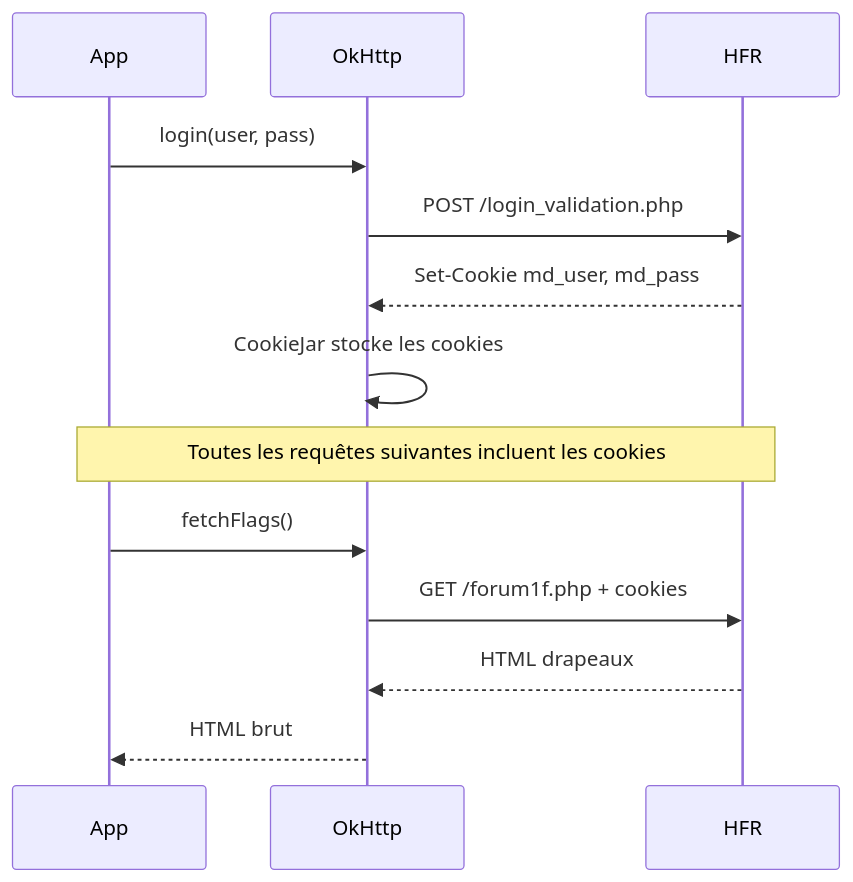
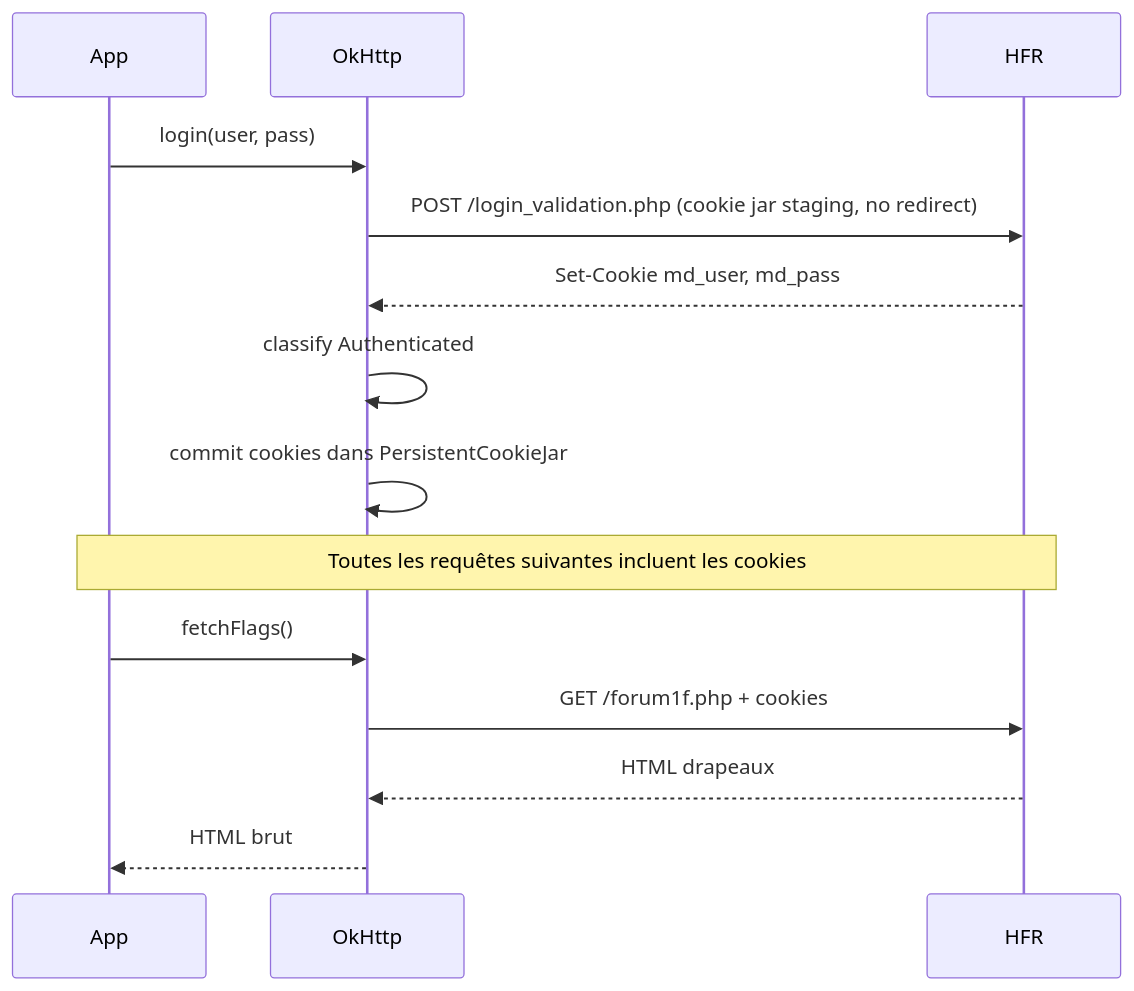
The third of 3 diagrams in docs/specs/architecture.md (ForumHFR/redface2), drawn with Mermaid before and after one commit. The commit also changed other lines of this file and 18 other files, not shown here.

````diff
--- a/docs/specs/architecture.md
+++ b/docs/specs/architecture.md
@@ -377,18 +377,19 @@
 ```mermaid
 sequenceDiagram
     participant App
     participant OkHttp
     participant HFR
 
     App->>OkHttp: login(user, pass)
-    OkHttp->>HFR: POST /login_validation.php
+    OkHttp->>HFR: POST /login_validation.php (cookie jar staging, no redirect)
     HFR-->>OkHttp: Set-Cookie md_user, md_pass
-    OkHttp->>OkHttp: CookieJar stocke les cookies
+    OkHttp->>OkHttp: classify Authenticated
+    OkHttp->>OkHttp: commit cookies dans PersistentCookieJar
 
     Note over App,HFR: Toutes les requêtes suivantes incluent les cookies
 
     App->>OkHttp: fetchFlags()
     OkHttp->>HFR: GET /forum1f.php + cookies
     HFR-->>OkHttp: HTML drapeaux
     OkHttp-->>App: HTML brut
 ```
````
